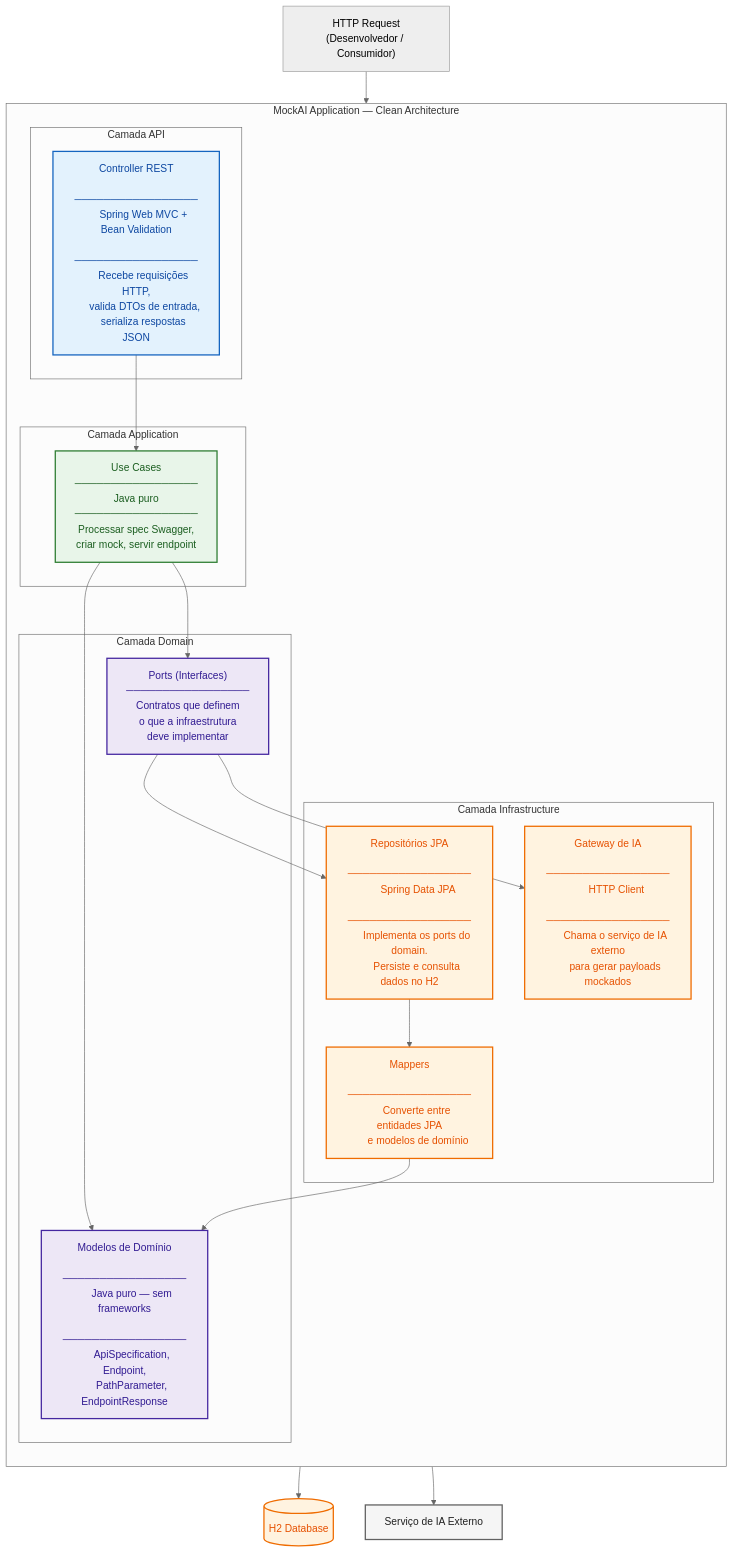
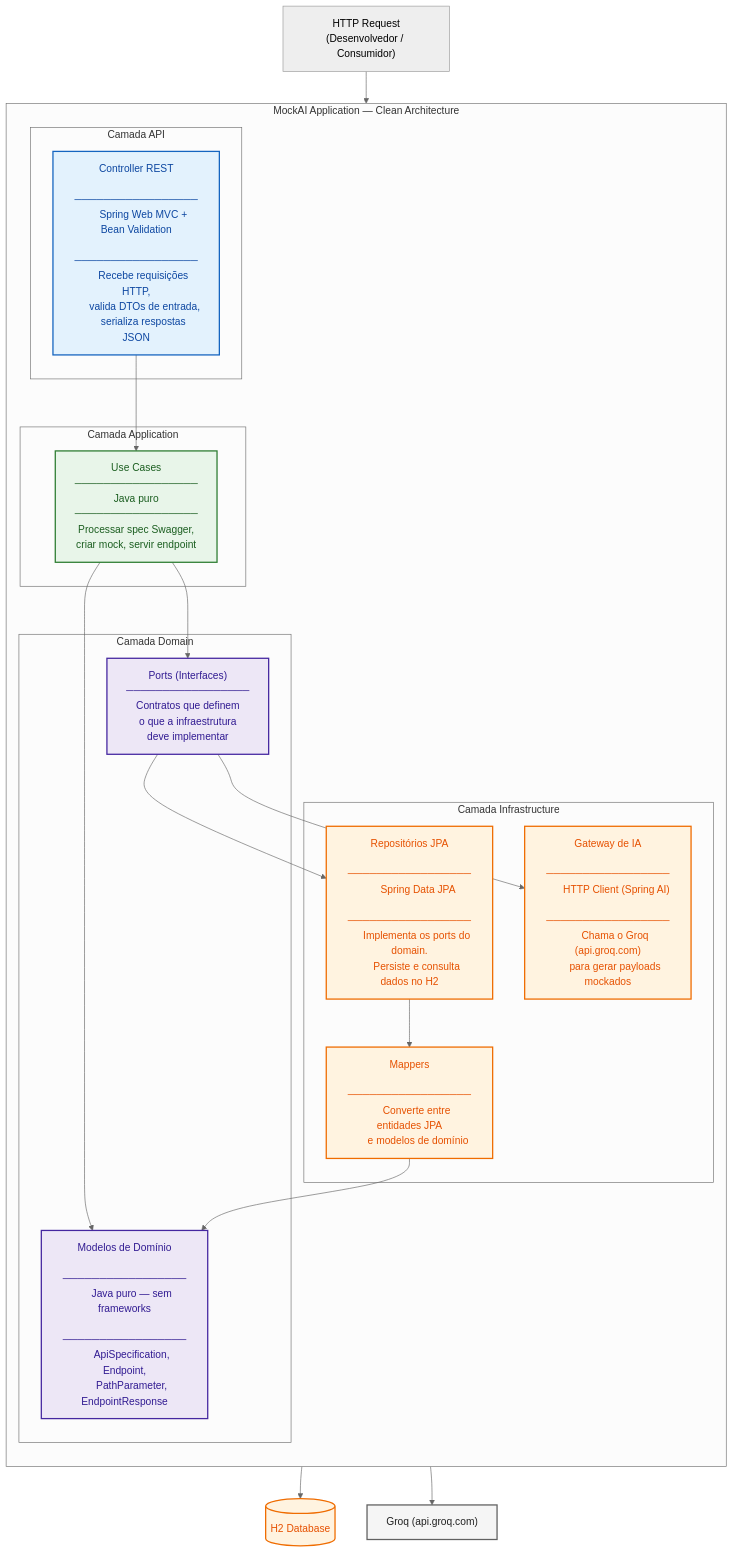
One commit to IA-para-DEVs-SCTEC-T2/mini-projeto-MockAi changed the third of 4 diagrams in docs/architecture-diagram.md. Above: the diagram before and after it, drawn with Mermaid. The commit also changed other lines of this file and 10 other files, not shown here.

Commit message:
feat: ajuste para utilizar Groq API em vez de OpenAI para conexão com LLMs

```diff
--- a/docs/architecture-diagram.md
+++ b/docs/architecture-diagram.md
@@ -184,9 +184,9 @@
 
       gateway["Gateway de IA
       ─────────────────
-      HTTP Client
+      HTTP Client (Spring AI)
       ─────────────────
-      Chama o serviço de IA externo
+      Chama o Groq (api.groq.com)
       para gerar payloads mockados"]
 
       mapper["Mappers
@@ -197,7 +197,7 @@
   end
 
   db[("H2 Database")]
-  ai_ext["Serviço de IA Externo"]
+  ai_ext["Groq (api.groq.com)"]
 
   http_in --> ctrl
   ctrl    --> usecase
```
